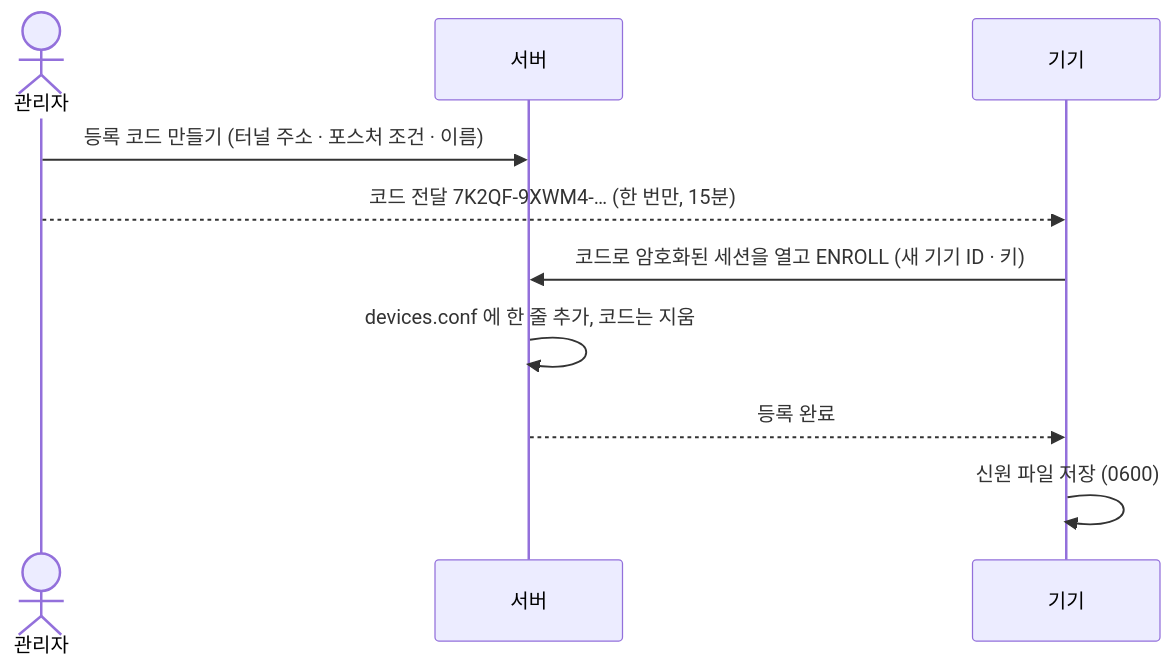
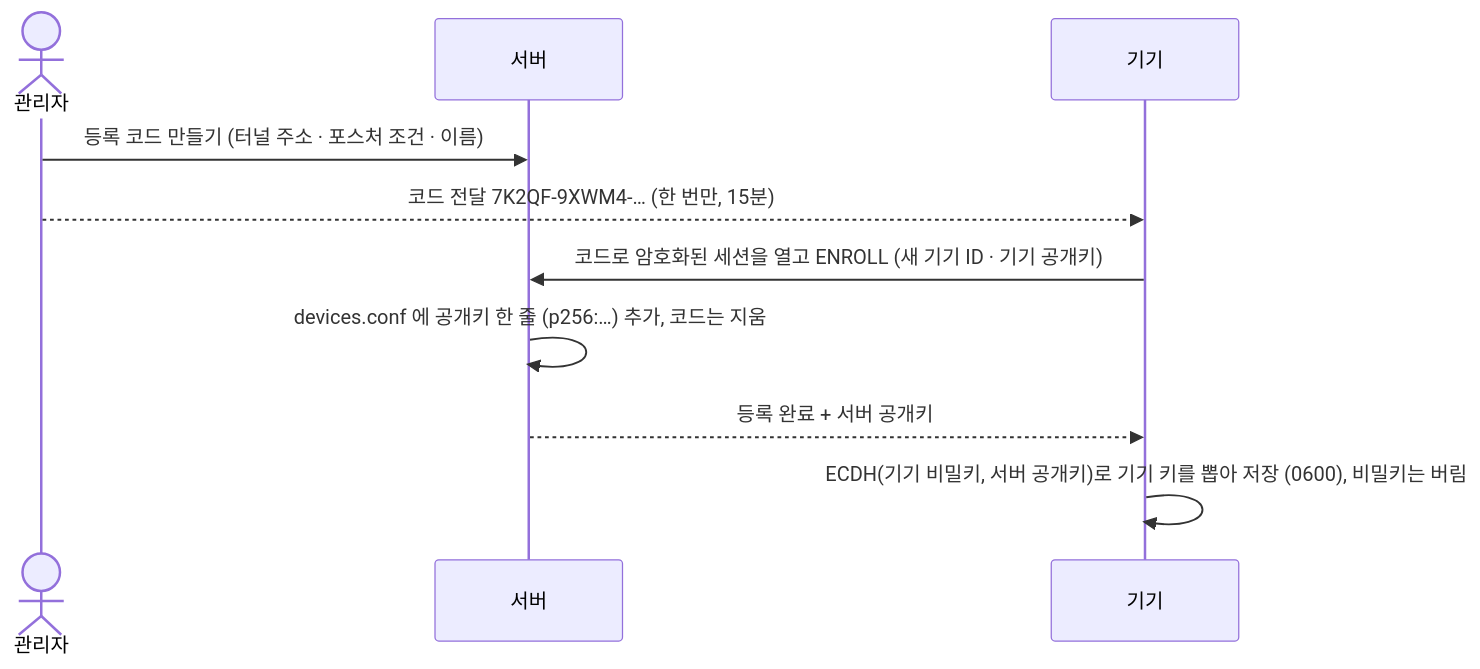
Before and after one commit to k1msatgat/ztgate: the second of 7 diagrams in README.md, drawn with Mermaid. The commit also changed other lines of this file and 1 other file, not shown here.

First line of the commit message:
문서: 공개키 기기 신원과 프로토콜 v8 — 등록 흐름, 서버 옵션, 서버 키, 보안 모델, 알려진 제약

````diff
--- a/README.md
+++ b/README.md
@@ -447,12 +453,12 @@
 ```mermaid
 sequenceDiagram
     actor A as 관리자
     participant S as 서버
     participant C as 기기
     A->>S: 등록 코드 만들기 (터널 주소 · 포스처 조건 · 이름)
     A-->>C: 코드 전달 7K2QF-9XWM4-… (한 번만, 15분)
-    C->>S: 코드로 암호화된 세션을 열고 ENROLL (새 기기 ID · 키)
-    S->>S: devices.conf 에 한 줄 추가, 코드는 지움
-    S-->>C: 등록 완료
-    C->>C: 신원 파일 저장 (0600)
+    C->>S: 코드로 암호화된 세션을 열고 ENROLL (새 기기 ID · 기기 공개키)
+    S->>S: devices.conf 에 공개키 한 줄 (p256:…) 추가, 코드는 지움
+    S-->>C: 등록 완료 + 서버 공개키
+    C->>C: ECDH(기기 비밀키, 서버 공개키)로 기기 키를 뽑아 저장 (0600), 비밀키는 버림
 ```
````
